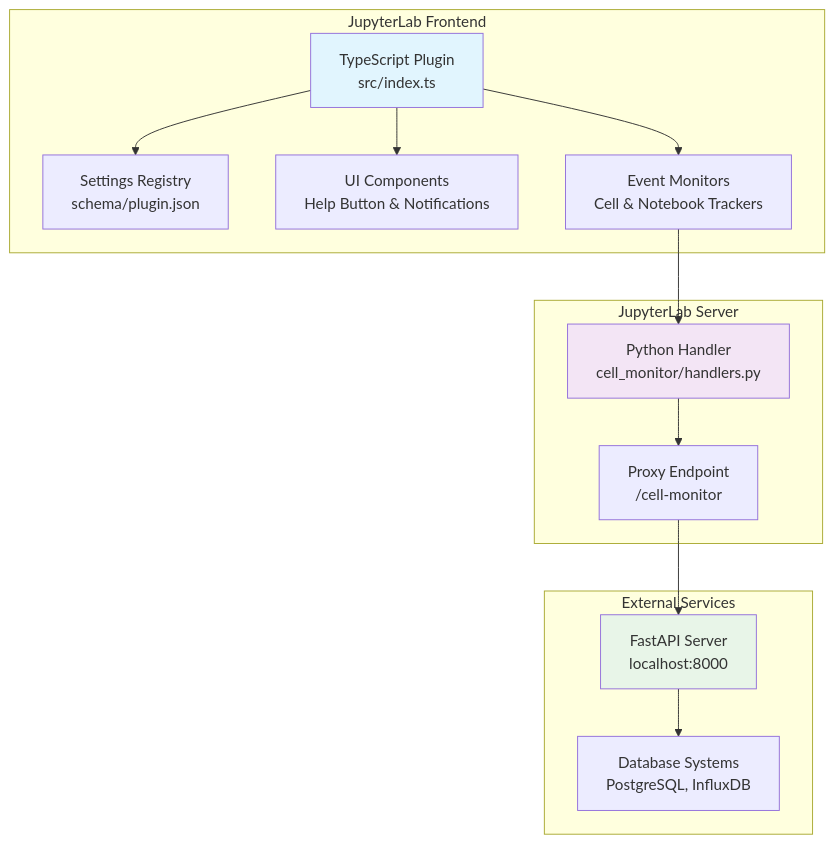
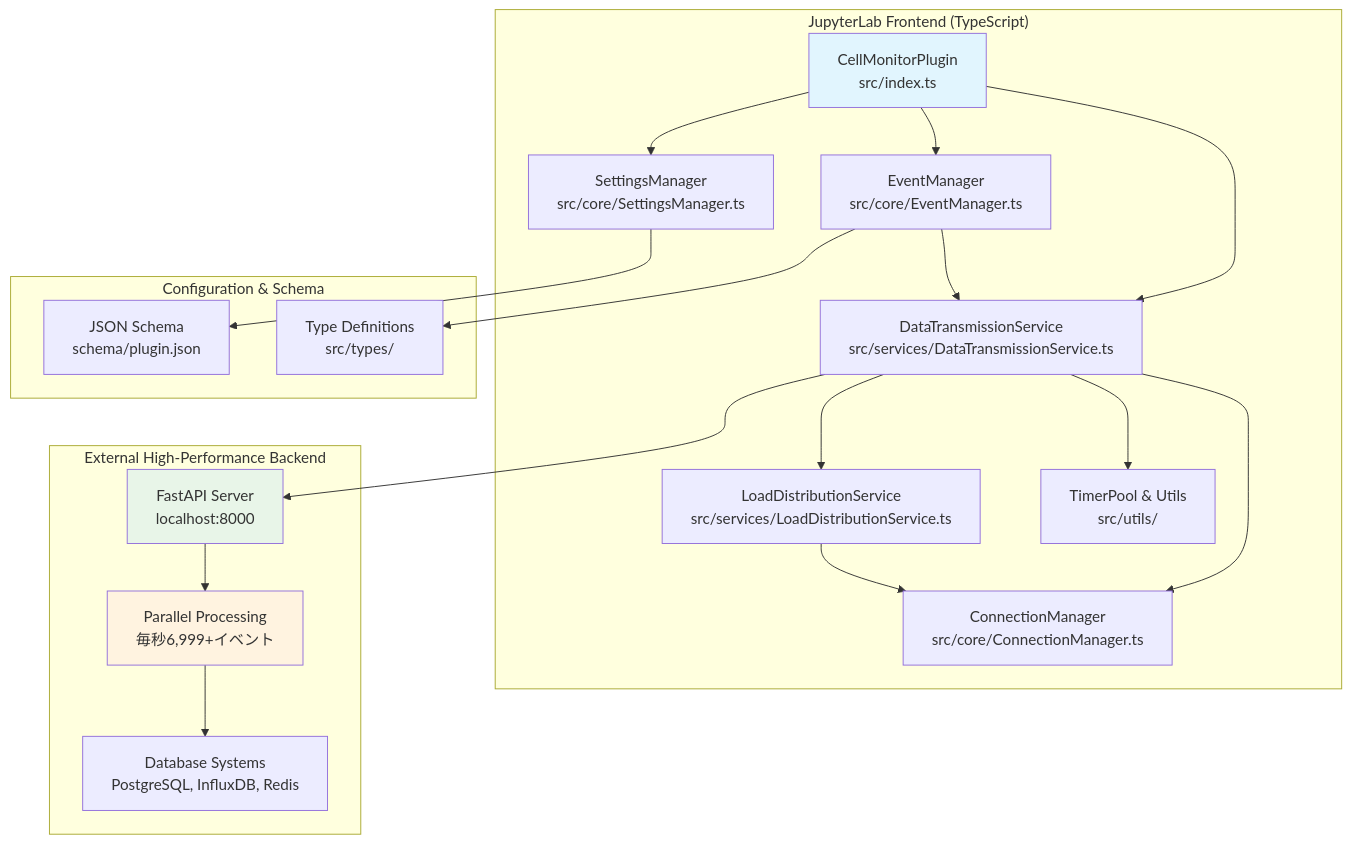
Before and after one commit to masahiro-tsubouchi/cell-monitor-extension: the first of 2 diagrams in cell-monitor-extension/docs/architecture/SYSTEM_OVERVIEW.md, drawn with Mermaid. The commit also changed other lines of this file and 11 other files, not shown here.

````diff
--- a/cell-monitor-extension/docs/architecture/SYSTEM_OVERVIEW.md
+++ b/cell-monitor-extension/docs/architecture/SYSTEM_OVERVIEW.md
@@ -16,31 +16,41 @@
 ```mermaid
 graph TB
-    subgraph "JupyterLab Frontend"
-        A[TypeScript Plugin<br/>src/index.ts]
-        B[Settings Registry<br/>schema/plugin.json]
-        C[UI Components<br/>Help Button & Notifications]
-        D[Event Monitors<br/>Cell & Notebook Trackers]
+    subgraph "JupyterLab Frontend (TypeScript)"
+        A[CellMonitorPlugin<br/>src/index.ts]
+        B[SettingsManager<br/>src/core/SettingsManager.ts]
+        C[EventManager<br/>src/core/EventManager.ts]
+        D[DataTransmissionService<br/>src/services/DataTransmissionService.ts]
+        E[LoadDistributionService<br/>src/services/LoadDistributionService.ts]
+        F[ConnectionManager<br/>src/core/ConnectionManager.ts]
+        G[TimerPool & Utils<br/>src/utils/]
     end
 
-    subgraph "JupyterLab Server"
-        E[Python Handler<br/>cell_monitor/handlers.py]
-        F[Proxy Endpoint<br/>/cell-monitor]
+    subgraph "Configuration & Schema"
+        H[JSON Schema<br/>schema/plugin.json]
+        I[Type Definitions<br/>src/types/]
     end
 
-    subgraph "External Services"
-        G[FastAPI Server<br/>localhost:8000]
-        H[Database Systems<br/>PostgreSQL, InfluxDB]
+    subgraph "External High-Performance Backend"
+        J[FastAPI Server<br/>localhost:8000]
+        K[Parallel Processing<br/>毎秒6,999+イベント]
+        L[Database Systems<br/>PostgreSQL, InfluxDB, Redis]
     end
 
     A --> B
     A --> C
     A --> D
+    B --> H
+    C --> D
     D --> E
+    D --> F
+    D --> J
     E --> F
-    F --> G
-    G --> H
+    C --> I
+    D --> G
+    J --> K
+    K --> L
 
     style A fill:#e1f5fe
-    style E fill:#f3e5f5
-    style G fill:#e8f5e8
+    style J fill:#e8f5e8
+    style K fill:#fff3e0
 ```
````
